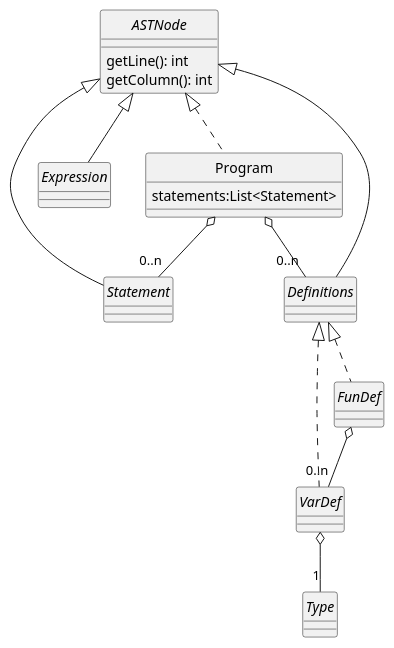
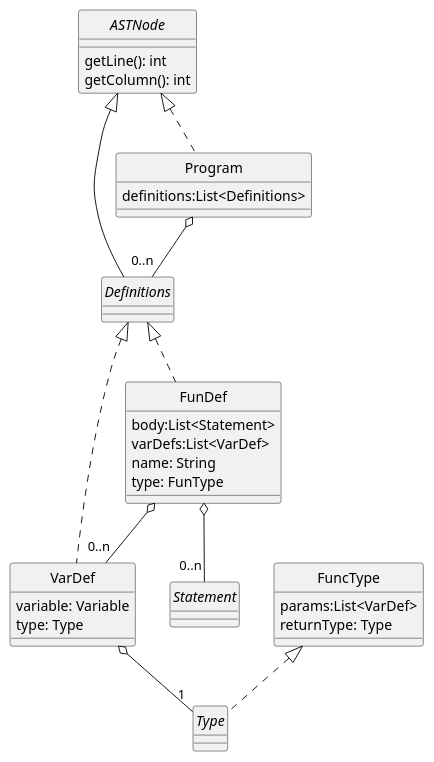
The diagram in docs/diagrams/program.plantuml (uo277516/dlp-compiler), drawn with PlantUML before and after one commit. The commit also changed 57 other files, not shown here.

Commit message:
Implementación de los diagramas - primera version

```diff
--- a/docs/diagrams/program.plantuml
+++ b/docs/diagrams/program.plantuml
@@ -1,36 +1,54 @@
 @startuml Program
 skinparam style strictuml
 skinparam monochrome true
 
 
 interface ASTNode {
     getLine(): int
     getColumn(): int
 }
 
 interface Statement
-interface Expression
 interface Definitions
-interface VarDef
-interface FunDef
+class VarDef {
+    variable: Variable
+    type: Type
+}
+
+class FunDef {
+    body:List<Statement>
+    varDefs:List<VarDef>
+    name: String
+    type: FunType
+}
+
+class FuncType {
+    params:List<VarDef>
+    returnType: Type
+}
+
+
+FunDef o-- "0..n" Statement
+FuncType <|.. Type
+
 interface Type
 
 
+
 class Program {
-    statements:List<Statement>
+    definitions:List<Definitions>
 
 }
 
 ASTNode <|.. Program
 Program  o-- "0..n" Definitions
-Program o-- "0..n" Statement
-ASTNode <|-- Expression
 ASTNode <|-- Definitions
-ASTNode <|-- Statement
 
 Definitions <|.. VarDef
 Definitions <|.. FunDef
 FunDef o-- "0..n" VarDef
 VarDef o-- "1" Type
 
+
+
 @enduml
```
